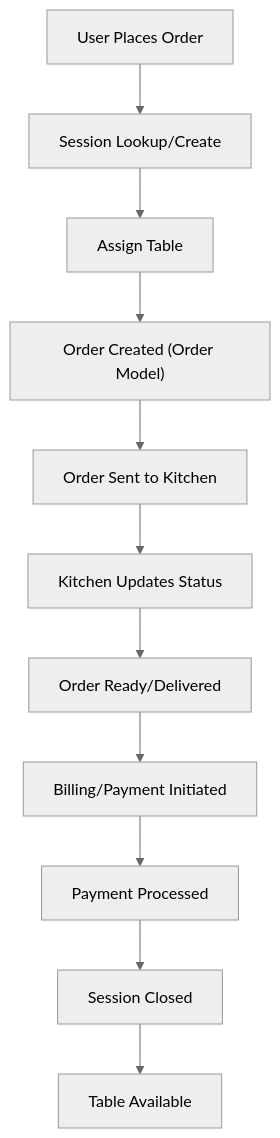
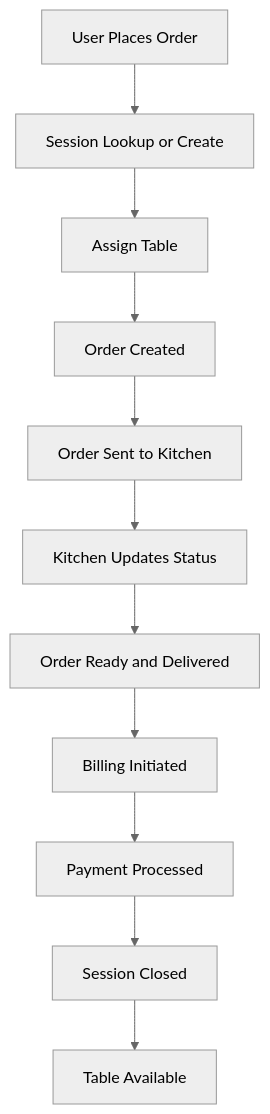
One commit to Atharvkote/ai-based-contactless-ordering changed the fifth of 5 diagrams in server/README.md. Above: the diagram before and after it, drawn with Mermaid (neutral theme). The commit also changed other lines of this file and 5 other files, not shown here.

````diff
--- a/server/README.md
+++ b/server/README.md
@@ -239,13 +127,13 @@
 ```mermaid
 flowchart TD
-  O1["User Places Order"] --> O2["Session Lookup/Create"]
-  O2 --> O3["Assign Table"]
-  O3 --> O4["Order Created (Order Model)"]
-  O4 --> O5["Order Sent to Kitchen"]
-  O5 --> O6["Kitchen Updates Status"]
-  O6 --> O7["Order Ready/Delivered"]
-  O7 --> O8["Billing/Payment Initiated"]
-  O8 --> O9["Payment Processed"]
-  O9 --> O10["Session Closed"]
-  O10 --> O11["Table Available"]
+    O1[User Places Order] --> O2[Session Lookup or Create]
+    O2 --> O3[Assign Table]
+    O3 --> O4[Order Created]
+    O4 --> O5[Order Sent to Kitchen]
+    O5 --> O6[Kitchen Updates Status]
+    O6 --> O7[Order Ready and Delivered]
+    O7 --> O8[Billing Initiated]
+    O8 --> O9[Payment Processed]
+    O9 --> O10[Session Closed]
+    O10 --> O11[Table Available]
 ```
````
